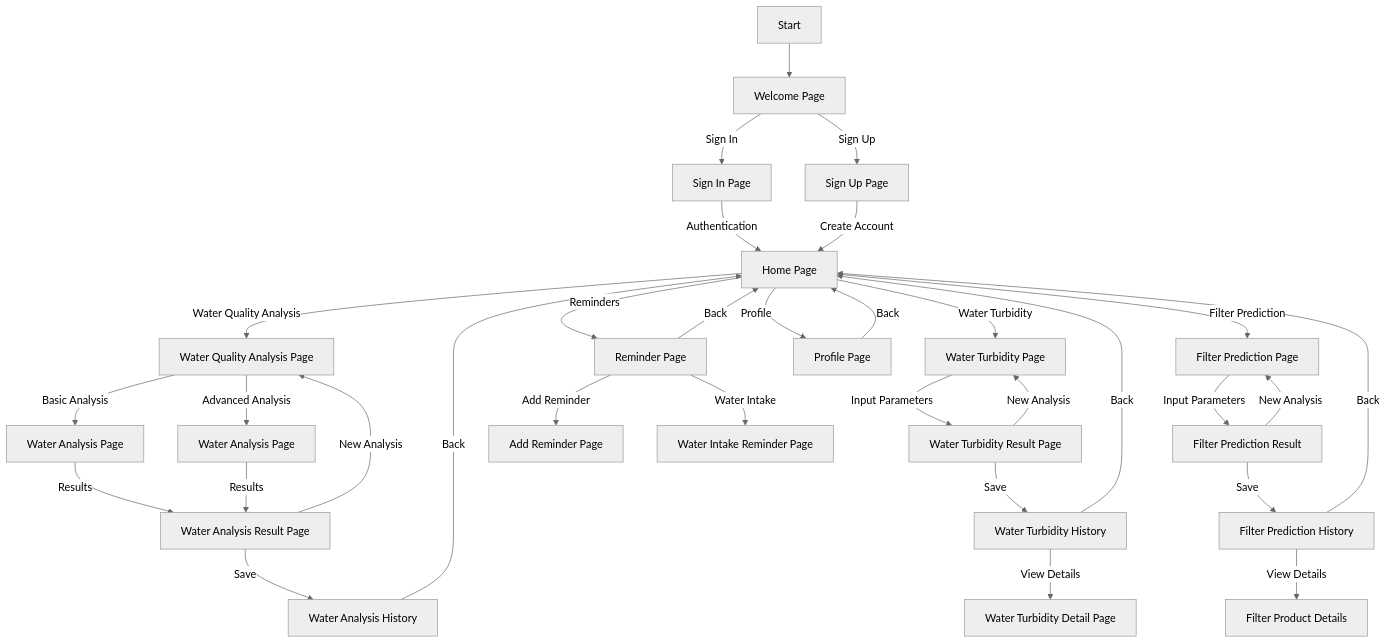
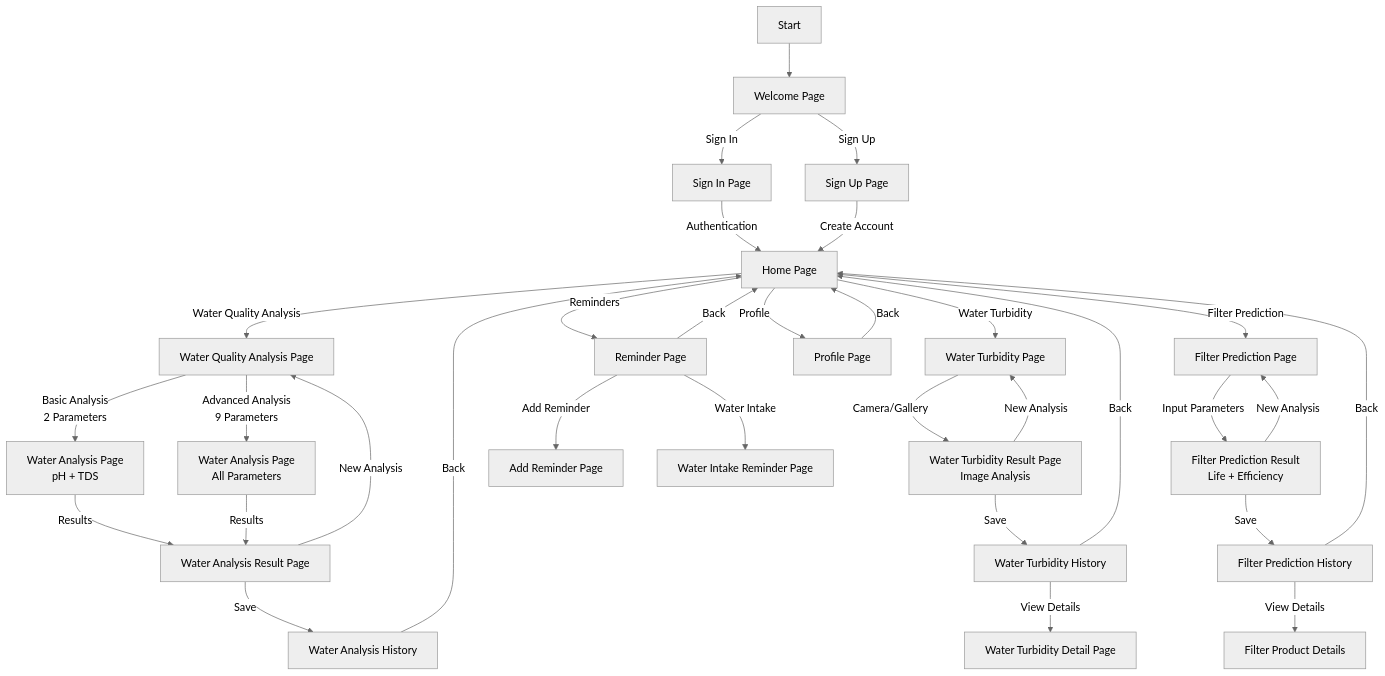
The second of 2 diagrams in system_architecture.md (huixin0126/water_quality_analysis), drawn with Mermaid (neutral theme) before and after one commit. The commit also changed other lines of this file and 23 other files, not shown here.

````diff
--- a/system_architecture.md
+++ b/system_architecture.md
@@ -66,42 +96,42 @@
 ```mermaid
 graph TD
     A[Start] --> B[Welcome Page]
     B -->|Sign In| C[Sign In Page]
     B -->|Sign Up| D[Sign Up Page]
     
     C -->|Authentication| E[Home Page]
     D -->|Create Account| E
     
     E -->|Water Quality Analysis| F[Water Quality Analysis Page]
     E -->|Water Turbidity| G[Water Turbidity Page]
     E -->|Filter Prediction| H[Filter Prediction Page]
     E -->|Profile| I[Profile Page]
     E -->|Reminders| J[Reminder Page]
     
-    F -->|Basic Analysis| F1[Water Analysis Page]
-    F -->|Advanced Analysis| F2[Water Analysis Page]
+    F -->|Basic Analysis<br/>2 Parameters| F1[Water Analysis Page<br/>pH + TDS]
+    F -->|Advanced Analysis<br/>9 Parameters| F2[Water Analysis Page<br/>All Parameters]
     F1 -->|Results| F3[Water Analysis Result Page]
     F2 -->|Results| F3
     F3 -->|Save| F4[Water Analysis History]
     
-    G -->|Input Parameters| G1[Water Turbidity Result Page]
+    G -->|Camera/Gallery| G1[Water Turbidity Result Page<br/>Image Analysis]
     G1 -->|Save| G2[Water Turbidity History]
     G2 -->|View Details| G3[Water Turbidity Detail Page]
     
-    H -->|Input Parameters| H1[Filter Prediction Result]
+    H -->|Input Parameters| H1[Filter Prediction Result<br/>Life + Efficiency]
     H1 -->|Save| H2[Filter Prediction History]
     H2 -->|View Details| H3[Filter Product Details]
     
     J -->|Add Reminder| J1[Add Reminder Page]
     J -->|Water Intake| J2[Water Intake Reminder Page]
     
     F4 -->|Back| E
     G2 -->|Back| E
     H2 -->|Back| E
     I -->|Back| E
     J -->|Back| E
     
     F3 -->|New Analysis| F
     G1 -->|New Analysis| G
     H1 -->|New Analysis| H
 ```
````
